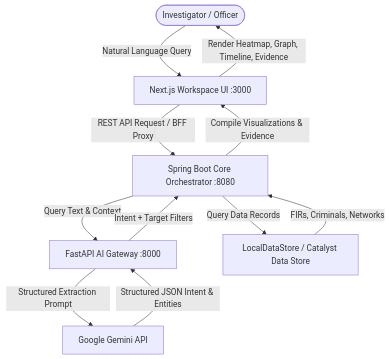
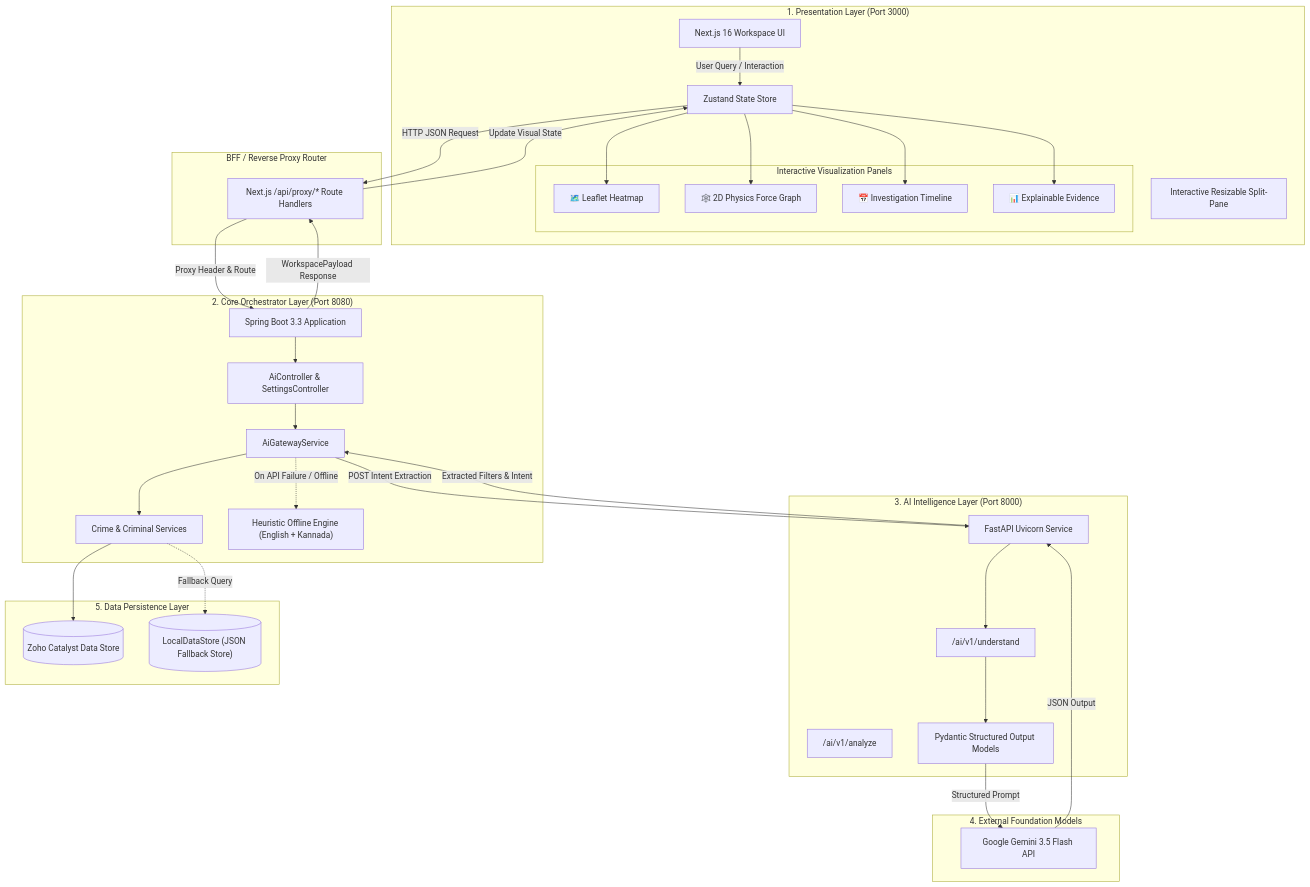
One commit to goyalk01/KSP-Shodhana changed the first of 2 diagrams in README.md. Above: the diagram before and after it, drawn with Mermaid. The commit also changed other lines of this file, not shown here.

Commit message:
Docs - Significantly enhance System Architecture & Data Flow section in root README.md with multi-tier Mermaid flowchart, sequence diagram, and pipeline table

````diff
--- a/README.md
+++ b/README.md
@@ -56,13 +60,71 @@
 ```mermaid
-flowchart TD
-    User([Investigator / Officer]) -->|Natural Language Query| NextJS[Next.js Workspace UI :3000]
-    NextJS -->|REST API Request / BFF Proxy| SpringBoot[Spring Boot Core Orchestrator :8080]
-    SpringBoot -->|Query Text & Context| FastAPI[FastAPI AI Gateway :8000]
-    FastAPI -->|Structured Extraction Prompt| Gemini[Google Gemini API]
-    Gemini -->|Structured JSON Intent & Entities| FastAPI
-    FastAPI -->|Intent + Target Filters| SpringBoot
-    SpringBoot -->|Query Data Records| LocalStore[LocalDataStore / Catalyst Data Store]
-    LocalStore -->|FIRs, Criminals, Networks| SpringBoot
-    SpringBoot -->|Compile Visualizations & Evidence| NextJS
-    NextJS -->|Render Heatmap, Graph, Timeline, Evidence| User
+flowchart TB
+    subgraph ClientLayer ["1. Presentation Layer (Port 3000)"]
+        UI["Next.js 16 Workspace UI"]
+        Store["Zustand State Store"]
+        SplitPane["Interactive Resizable Split-Pane"]
+        
+        subgraph Panels ["Interactive Visualization Panels"]
+            Heatmap["🗺️ Leaflet Heatmap"]
+            NetworkGraph["🕸️ 2D Physics Force Graph"]
+            Timeline["📅 Investigation Timeline"]
+            Evidence["📊 Explainable Evidence"]
+        end
+    end
+
+    subgraph BFFProxy ["BFF / Reverse Proxy Router"]
+        NextProxy["Next.js /api/proxy/* Route Handlers"]
+    end
+
+    subgraph BackendCore ["2. Core Orchestrator Layer (Port 8080)"]
+        SpringBoot["Spring Boot 3.3 Application"]
+        AiController["AiController & SettingsController"]
+        AiGateway["AiGatewayService"]
+        CrimeService["Crime & Criminal Services"]
+        LocalFallback["Heuristic Offline Engine (English + Kannada)"]
+    end
+
+    subgraph AIGateway ["3. AI Intelligence Layer (Port 8000)"]
+        FastAPI["FastAPI Uvicorn Service"]
+        UnderstandRouter["/ai/v1/understand"]
+        AnalyzeRouter["/ai/v1/analyze"]
+        PydanticSchemas["Pydantic Structured Output Models"]
+    end
+
+    subgraph ExternalAI ["4. External Foundation Models"]
+        Gemini["Google Gemini 3.5 Flash API"]
+    end
+
+    subgraph StorageLayer ["5. Data Persistence Layer"]
+        CatalystDS[("Zoho Catalyst Data Store")]
+        LocalStore[("LocalDataStore (JSON Fallback Store)")]
+    end
+
+    %% Data Flow Connections
+    UI -->|User Query / Interaction| Store
+    Store -->|HTTP JSON Request| NextProxy
+    NextProxy -->|Proxy Header & Route| SpringBoot
+    
+    SpringBoot --> AiController
+    AiController --> AiGateway
+    
+    AiGateway -->|POST Intent Extraction| FastAPI
+    FastAPI --> UnderstandRouter
+    UnderstandRouter --> PydanticSchemas
+    PydanticSchemas -->|Structured Prompt| Gemini
+    Gemini -->|JSON Output| FastAPI
+    FastAPI -->|Extracted Filters & Intent| AiGateway
+    
+    AiGateway -.->|On API Failure / Offline| LocalFallback
+    
+    AiGateway --> CrimeService
+    CrimeService --> CatalystDS
+    CrimeService -.->|Fallback Query| LocalStore
+    
+    SpringBoot -->|WorkspacePayload Response| NextProxy
+    NextProxy -->|Update Visual State| Store
+    Store --> Heatmap
+    Store --> NetworkGraph
+    Store --> Timeline
+    Store --> Evidence
 ```
````
